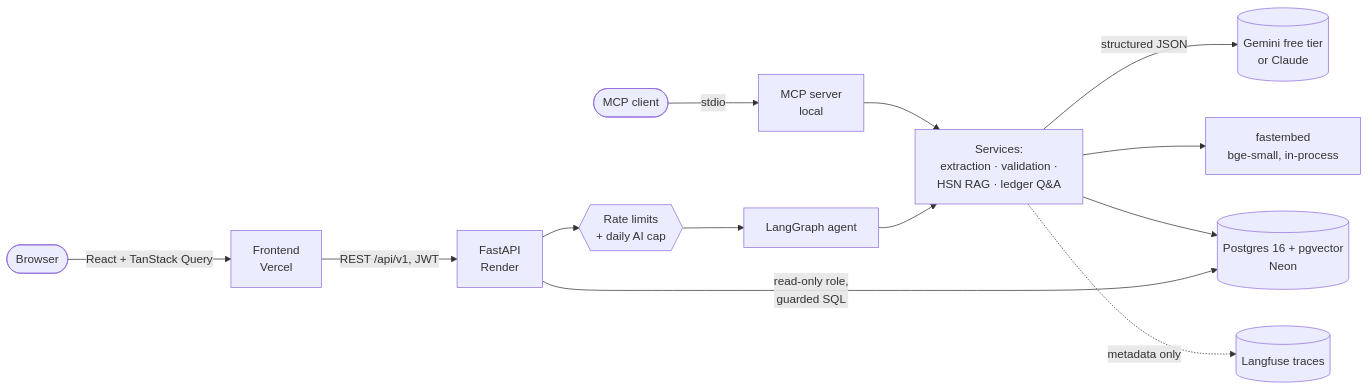
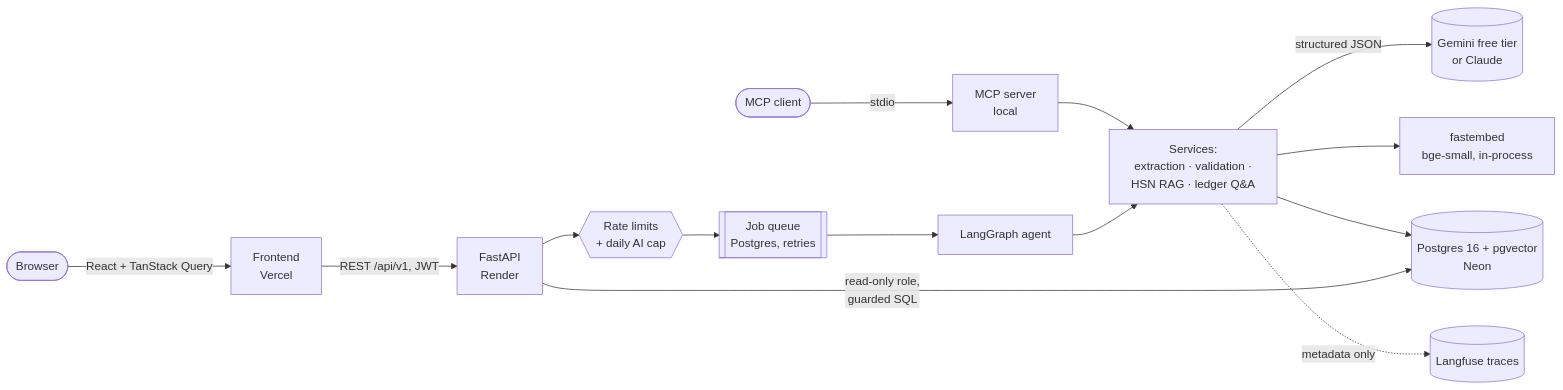
Before and after one commit to arpittts/invoiceiq: the first of 2 diagrams in README.md, drawn with Mermaid. The commit also changed other lines of this file and 17 other files, not shown here.

First line of the commit message:
feat: durable Postgres job queue for invoice reads

````diff
--- a/README.md
+++ b/README.md
@@ -35,15 +35,16 @@
 ```mermaid
 flowchart LR
     U([Browser]) -->|React + TanStack Query| FE[Frontend<br/>Vercel]
     FE -->|REST /api/v1, JWT| API[FastAPI<br/>Render]
     MCPC([MCP client]) -->|stdio| MCP[MCP server<br/>local]
     API --> RL{{Rate limits<br/>+ daily AI cap}}
-    RL --> AG[LangGraph agent]
+    RL --> Q[[Job queue<br/>Postgres, retries]]
+    Q --> AG[LangGraph agent]
     MCP --> SVC
     AG --> SVC[Services:<br/>extraction · validation ·<br/>HSN RAG · ledger Q&A]
     SVC -->|structured JSON| LLM[(Gemini free tier<br/>or Claude)]
     SVC --> EMB[fastembed<br/>bge-small, in-process]
     SVC --> DB[(Postgres 16 + pgvector<br/>Neon)]
     SVC -.->|metadata only| LF[(Langfuse traces)]
     API -->|read-only role,<br/>guarded SQL| DB
 ```
````
